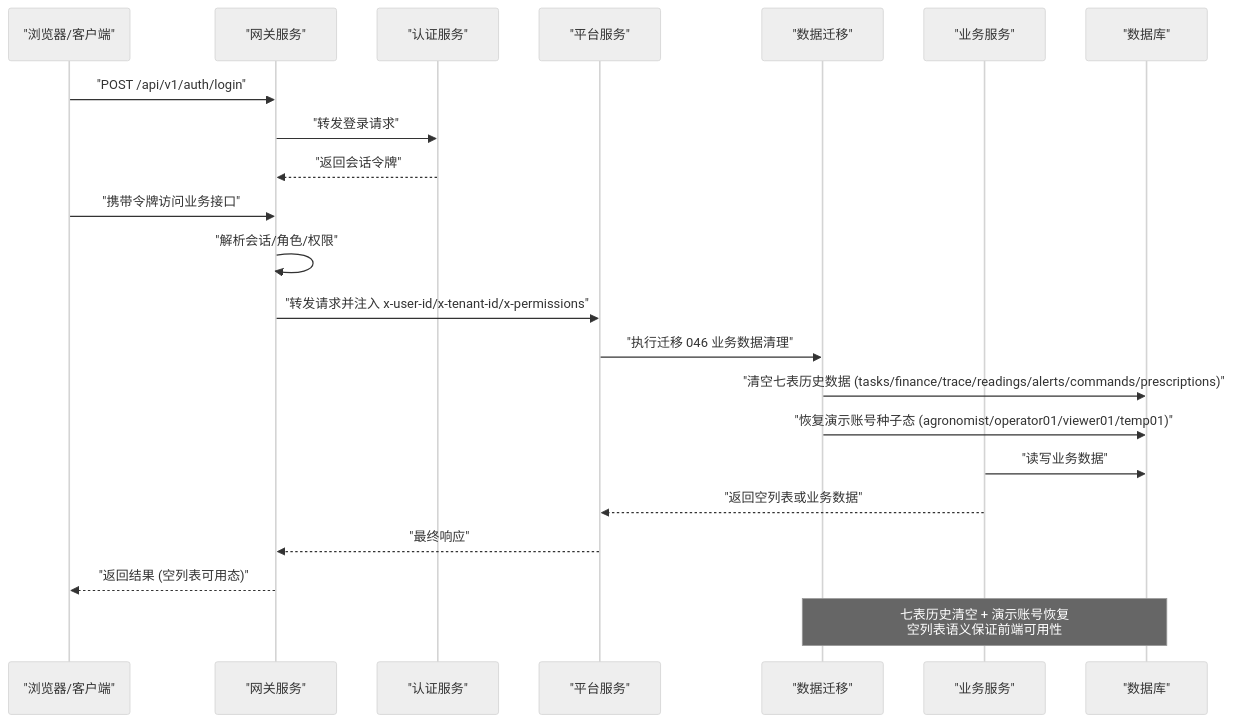
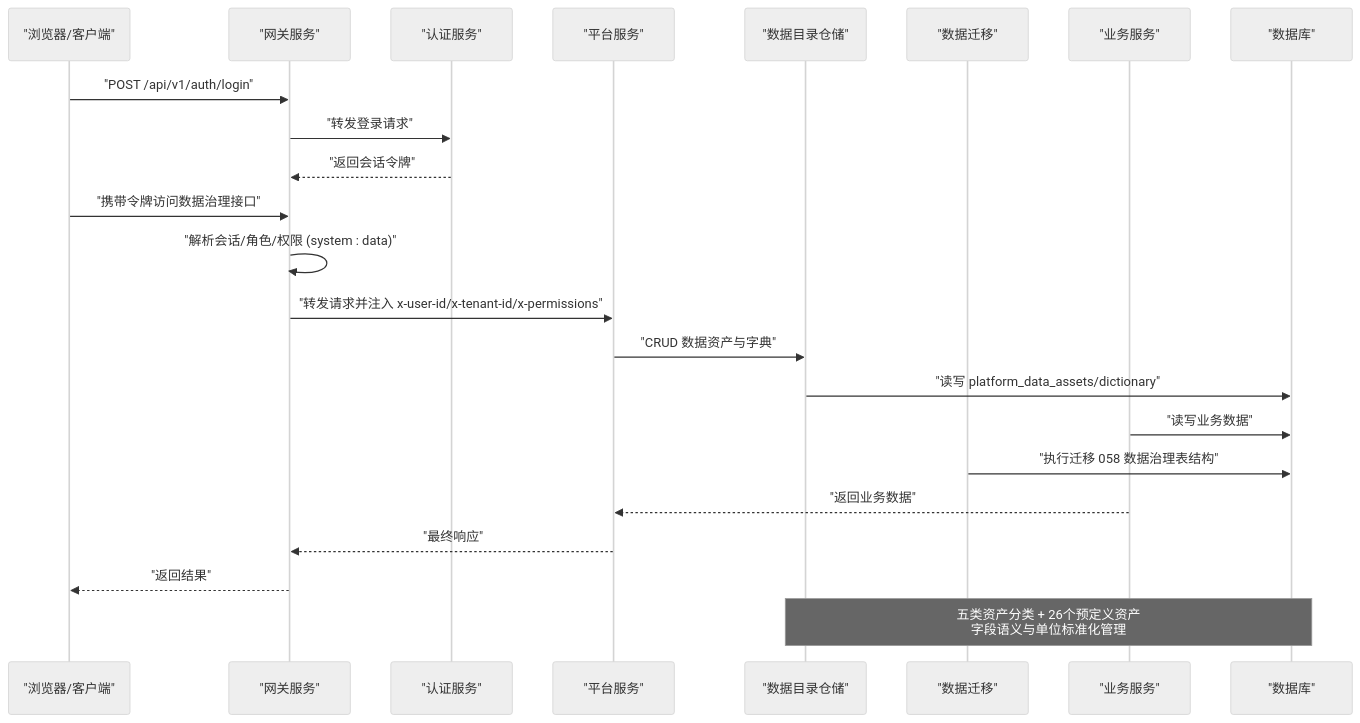
One commit to q446328246/agri-platform changed the second of 4 diagrams in .qoder/repowiki/zh/content/项目概述/平台功能清单.md. Above: the diagram before and after it, drawn with Mermaid (neutral theme). The commit also changed other lines of this file and 47 other files, not shown here.

````diff
--- a/.qoder/repowiki/zh/content/项目概述/平台功能清单.md
+++ b/.qoder/repowiki/zh/content/项目概述/平台功能清单.md
@@ -160,24 +172,25 @@
 ```mermaid
 sequenceDiagram
 participant Client as "浏览器/客户端"
 participant Gateway as "网关服务"
 participant Auth as "认证服务"
 participant Platform as "平台服务"
+participant DataCatalog as "数据目录仓储"
 participant Migration as "数据迁移"
 participant Service as "业务服务"
 participant DB as "数据库"
 Client->>Gateway : "POST /api/v1/auth/login"
 Gateway->>Auth : "转发登录请求"
 Auth-->>Gateway : "返回会话令牌"
-Client->>Gateway : "携带令牌访问业务接口"
-Gateway->>Gateway : "解析会话/角色/权限"
+Client->>Gateway : "携带令牌访问数据治理接口"
+Gateway->>Gateway : "解析会话/角色/权限 (system : data)"
 Gateway->>Platform : "转发请求并注入 x-user-id/x-tenant-id/x-permissions"
-Platform->>Migration : "执行迁移 046 业务数据清理"
-Migration->>DB : "清空七表历史数据 (tasks/finance/trace/readings/alerts/commands/prescriptions)"
-Migration->>DB : "恢复演示账号种子态 (agronomist/operator01/viewer01/temp01)"
+Platform->>DataCatalog : "CRUD 数据资产与字典"
+DataCatalog->>DB : "读写 platform_data_assets/dictionary"
 Service->>DB : "读写业务数据"
-Service-->>Platform : "返回空列表或业务数据"
+Migration->>DB : "执行迁移 058 数据治理表结构"
+Service-->>Platform : "返回业务数据"
 Platform-->>Gateway : "最终响应"
-Gateway-->>Client : "返回结果 (空列表可用态)"
-Note over Migration,DB : 七表历史清空 + 演示账号恢复<br/>空列表语义保证前端可用性
+Gateway-->>Client : "返回结果"
+Note over DataCatalog,DB : 五类资产分类 + 26个预定义资产<br/>字段语义与单位标准化管理
 ```
````
